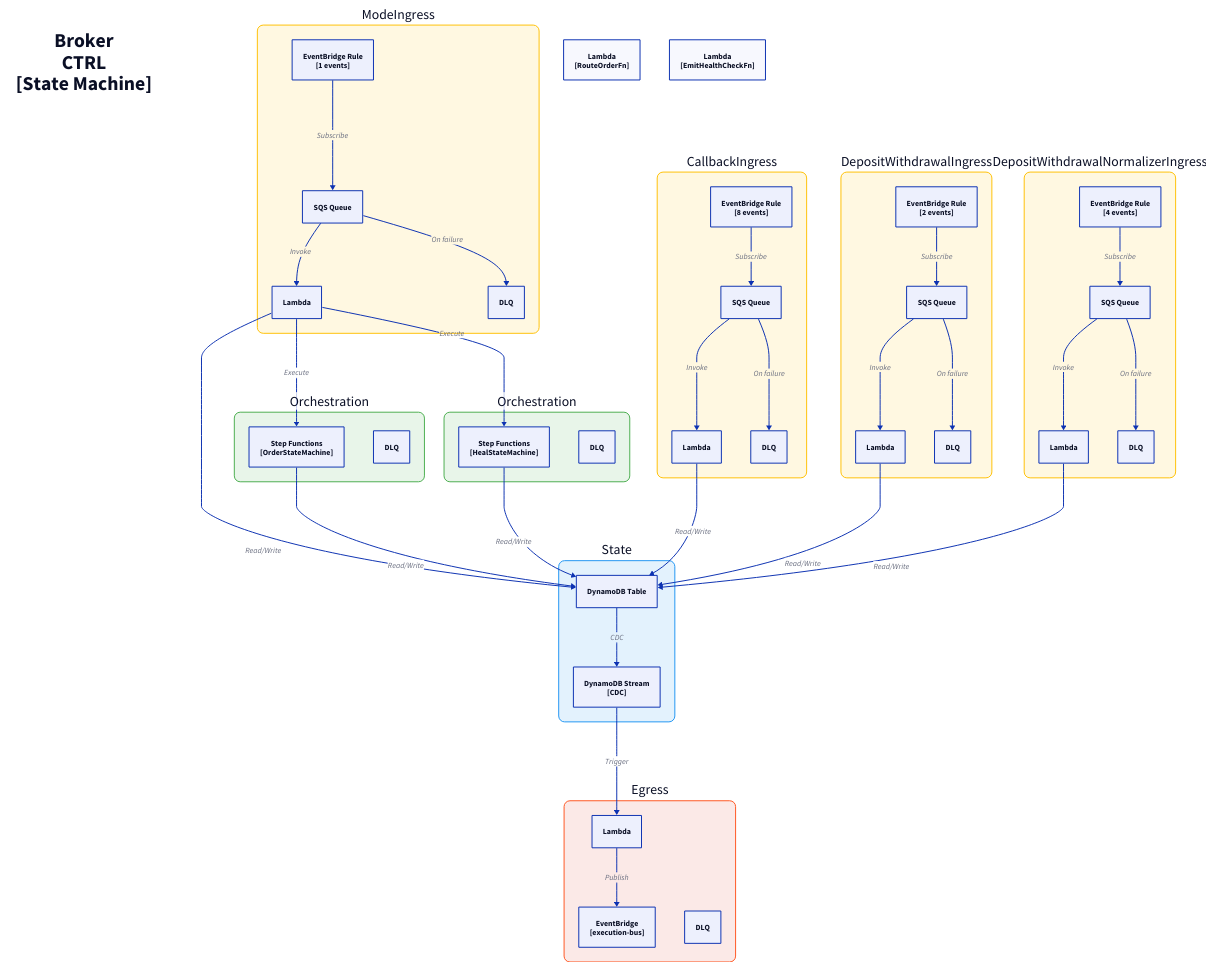
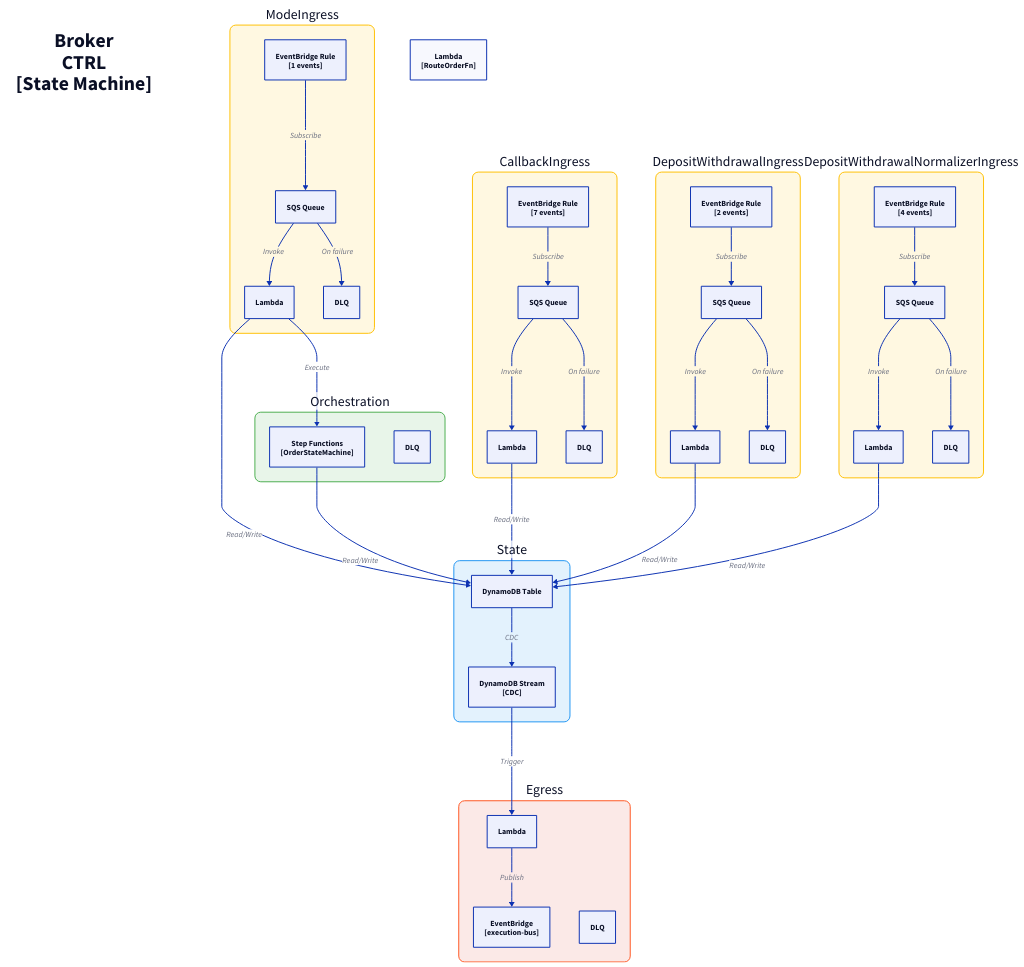
The diagram in docs/architecture/c3/broker-ctrl.d2 (fabio-vitali/nestfolio), drawn with D2 before and after one commit. The commit also changed 17 other files, not shown here.

First line of the commit message:
docs(c4): regenerate diagrams after advisory agent tool refactor

```diff
--- a/docs/architecture/c3/broker-ctrl.d2
+++ b/docs/architecture/c3/broker-ctrl.d2
@@ -1,95 +1,86 @@
 direction: down
 
 title: "Broker\nCTRL\n[State Machine]" {
   style: { font-size: 40; bold: true; fill: transparent; stroke: transparent }
 }
 
 mode-ingress: "ModeIngress" {
   style: { fill: "#FFF8E1"; stroke: "#FFC107"; border-radius: 12; font-size: 28 }
   rule: "EventBridge Rule\n[1 events]" { class: aws-eventbridge }
   sqs: "SQS Queue" { class: aws-sqs }
   dlq: "DLQ" { class: aws-dlq }
   handler: "Lambda" { class: aws-lambda }
 
   rule -> sqs: Subscribe
   sqs -> handler: Invoke
   sqs -> dlq: On failure
 }
 
 callback-ingress: "CallbackIngress" {
   style: { fill: "#FFF8E1"; stroke: "#FFC107"; border-radius: 12; font-size: 28 }
-  rule: "EventBridge Rule\n[8 events]" { class: aws-eventbridge }
+  rule: "EventBridge Rule\n[7 events]" { class: aws-eventbridge }
   sqs: "SQS Queue" { class: aws-sqs }
   dlq: "DLQ" { class: aws-dlq }
   handler: "Lambda" { class: aws-lambda }
 
   rule -> sqs: Subscribe
   sqs -> handler: Invoke
   sqs -> dlq: On failure
 }
 
 deposit-withdrawal-ingress: "DepositWithdrawalIngress" {
   style: { fill: "#FFF8E1"; stroke: "#FFC107"; border-radius: 12; font-size: 28 }
   rule: "EventBridge Rule\n[2 events]" { class: aws-eventbridge }
   sqs: "SQS Queue" { class: aws-sqs }
   dlq: "DLQ" { class: aws-dlq }
   handler: "Lambda" { class: aws-lambda }
 
   rule -> sqs: Subscribe
   sqs -> handler: Invoke
   sqs -> dlq: On failure
 }
 
 deposit-withdrawal-normalizer-ingress: "DepositWithdrawalNormalizerIngress" {
   style: { fill: "#FFF8E1"; stroke: "#FFC107"; border-radius: 12; font-size: 28 }
   rule: "EventBridge Rule\n[4 events]" { class: aws-eventbridge }
   sqs: "SQS Queue" { class: aws-sqs }
   dlq: "DLQ" { class: aws-dlq }
   handler: "Lambda" { class: aws-lambda }
 
   rule -> sqs: Subscribe
   sqs -> handler: Invoke
   sqs -> dlq: On failure
 }
 
 state: "State" {
   style: { fill: "#E3F2FD"; stroke: "#2196F3"; border-radius: 12; font-size: 28 }
   table: "DynamoDB Table" { class: aws-dynamodb }
   stream: "DynamoDB Stream\n[CDC]" { class: aws-ddb-stream }
   table -> stream: CDC
 }
 
 egress: "Egress" {
   style: { fill: "#FBE9E7"; stroke: "#FF5722"; border-radius: 12; font-size: 28 }
   processor: "Lambda" { class: aws-lambda }
   bus: "EventBridge\n[execution-bus]" { class: aws-eventbridge }
   dlq: "DLQ" { class: aws-dlq }
 
   processor -> bus: Publish
 }
 
 order-state-machine: "Orchestration" {
   style: { fill: "#E8F5E9"; stroke: "#4CAF50"; border-radius: 12; font-size: 28 }
   state-machine: "Step Functions\n[OrderStateMachine]" { class: aws-stepfunctions }
   dlq: "DLQ" { class: aws-dlq }
 }
 
-heal-state-machine: "Orchestration" {
-  style: { fill: "#E8F5E9"; stroke: "#4CAF50"; border-radius: 12; font-size: 28 }
-  state-machine: "Step Functions\n[HealStateMachine]" { class: aws-stepfunctions }
-  dlq: "DLQ" { class: aws-dlq }
-}
-
 route-order-fn: "Lambda\n[RouteOrderFn]" { class: aws-lambda }
-emit-health-check-fn: "Lambda\n[EmitHealthCheckFn]" { class: aws-lambda }
 
 # Flows
 mode-ingress.handler -> state.table: Read/Write
 callback-ingress.handler -> state.table: Read/Write
 deposit-withdrawal-ingress.handler -> state.table: Read/Write
 deposit-withdrawal-normalizer-ingress.handler -> state.table: Read/Write
 state.stream -> egress.processor: Trigger
 mode-ingress.handler -> order-state-machine.state-machine: Execute
 order-state-machine.state-machine -> state.table: Read/Write
-mode-ingress.handler -> heal-state-machine.state-machine: Execute
-heal-state-machine.state-machine -> state.table: Read/Write
```
